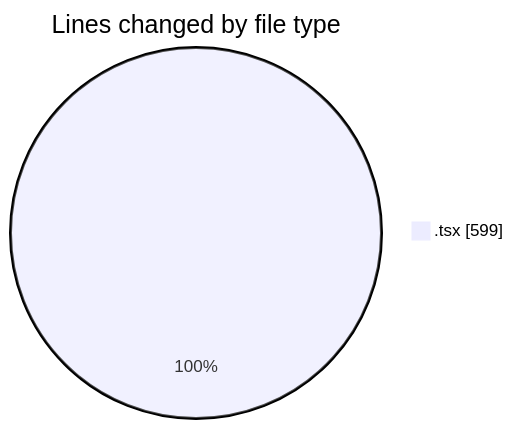
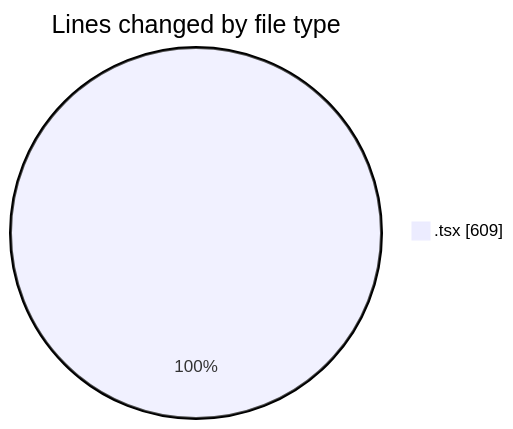
The first of 2 diagrams in 2025-02-12/cda/README.md (momahboobian/code-tracking), drawn with Mermaid before and after one commit. The commit also changed other lines of this file and 1 other file, not shown here.

````diff
--- a/2025-02-12/cda/README.md
+++ b/2025-02-12/cda/README.md
@@ -21,5 +21,5 @@
 ```mermaid
 pie showData
 title Lines changed by file type
-".tsx" : 599
+".tsx" : 609
 ```
````
